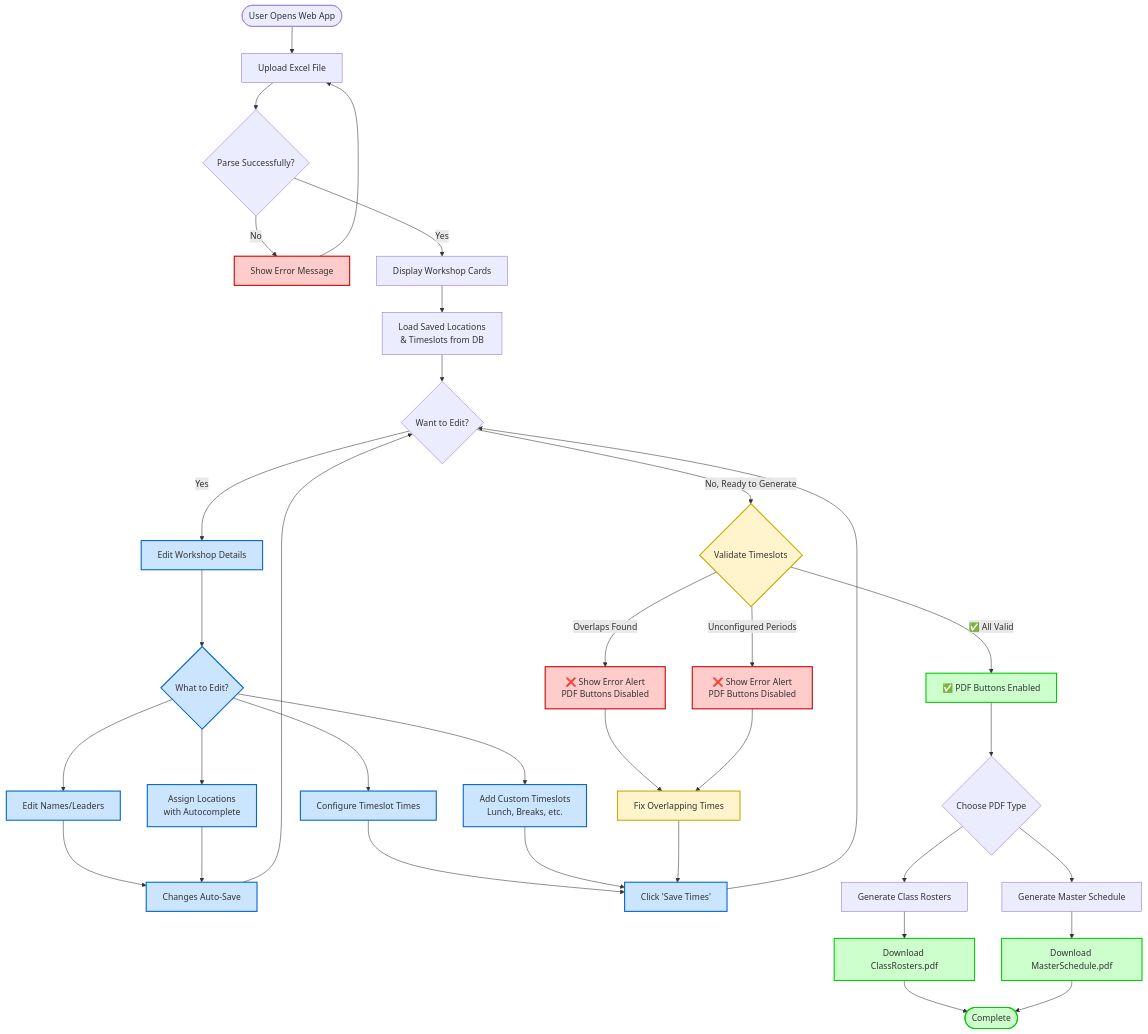
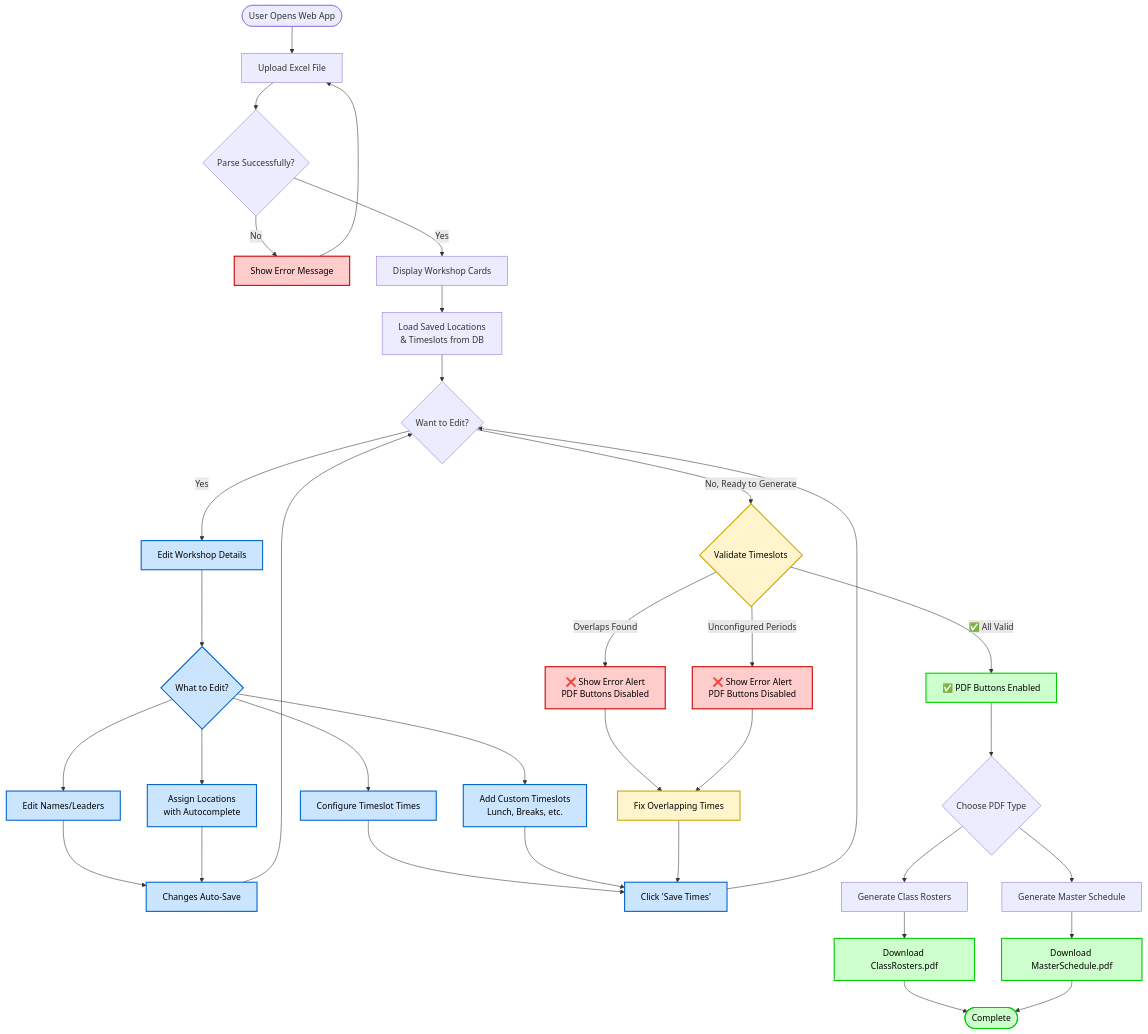
The diagram in README.md (isaac-ecrs/WinterAdventurer), drawn with Mermaid before and after one commit.

Commit message:
Fix mermaid diagram text readability by adding black text color
Added color:#000 to all classDef styles in the workflow diagram to
ensure text is readable on colored backgrounds.

Changes:
- errorStyle: Added black text on red background
- successStyle: Added black text on green background
- editStyle: Added black text on blue background
- validateStyle: Added black text on yellow background

🤖 Generated with [Claude Code](https://claude.com/claude-code)

````diff
--- a/README.md
+++ b/README.md
@@ -118,61 +118,61 @@
 ```mermaid
 flowchart TD
     Start([User Opens Web App]) --> Upload[Upload Excel File]
     Upload --> Parse{Parse Successfully?}
 
     Parse -->|No| Error1[Show Error Message]
     Error1 --> Upload
 
     Parse -->|Yes| Display[Display Workshop Cards]
     Display --> LoadData[Load Saved Locations<br/>& Timeslots from DB]
     LoadData --> EditPhase{Want to Edit?}
 
     EditPhase -->|Yes| Edit[Edit Workshop Details]
     Edit --> EditOptions{What to Edit?}
 
     EditOptions --> EditWorkshop[Edit Names/Leaders]
     EditOptions --> EditLocation[Assign Locations<br/>with Autocomplete]
     EditOptions --> EditTimeslot[Configure Timeslot Times]
     EditOptions --> AddTimeslot[Add Custom Timeslots<br/>Lunch, Breaks, etc.]
 
     EditWorkshop --> SaveEdit[Changes Auto-Save]
     EditLocation --> SaveEdit
     EditTimeslot --> SaveTimeslot[Click 'Save Times']
     AddTimeslot --> SaveTimeslot
 
     SaveEdit --> EditPhase
     SaveTimeslot --> EditPhase
 
     EditPhase -->|No, Ready to Generate| Validate{Validate Timeslots}
 
     Validate -->|Overlaps Found| ErrorOverlap[❌ Show Error Alert<br/>PDF Buttons Disabled]
     Validate -->|Unconfigured Periods| ErrorConfig[❌ Show Error Alert<br/>PDF Buttons Disabled]
 
     ErrorOverlap --> FixTimeslots[Fix Overlapping Times]
     ErrorConfig --> FixTimeslots
     FixTimeslots --> SaveTimeslot
 
     Validate -->|✅ All Valid| Generate[✅ PDF Buttons Enabled]
 
     Generate --> ChoosePDF{Choose PDF Type}
 
     ChoosePDF --> ClassRoster[Generate Class Rosters]
     ChoosePDF --> MasterSchedule[Generate Master Schedule]
 
     ClassRoster --> Download1[Download ClassRosters.pdf]
     MasterSchedule --> Download2[Download MasterSchedule.pdf]
 
     Download1 --> Done([Complete])
     Download2 --> Done
 
     %% Styling
-    classDef errorStyle fill:#ffcccc,stroke:#cc0000,stroke-width:2px
-    classDef successStyle fill:#ccffcc,stroke:#00cc00,stroke-width:2px
-    classDef editStyle fill:#cce5ff,stroke:#0066cc,stroke-width:2px
-    classDef validateStyle fill:#fff4cc,stroke:#ccaa00,stroke-width:2px
+    classDef errorStyle fill:#ffcccc,stroke:#cc0000,stroke-width:2px,color:#000
+    classDef successStyle fill:#ccffcc,stroke:#00cc00,stroke-width:2px,color:#000
+    classDef editStyle fill:#cce5ff,stroke:#0066cc,stroke-width:2px,color:#000
+    classDef validateStyle fill:#fff4cc,stroke:#ccaa00,stroke-width:2px,color:#000
 
     class Error1,ErrorOverlap,ErrorConfig errorStyle
     class Generate,Download1,Download2,Done successStyle
     class Edit,EditOptions,EditWorkshop,EditLocation,EditTimeslot,AddTimeslot,SaveEdit,SaveTimeslot editStyle
     class Validate,FixTimeslots validateStyle
 ```
````
